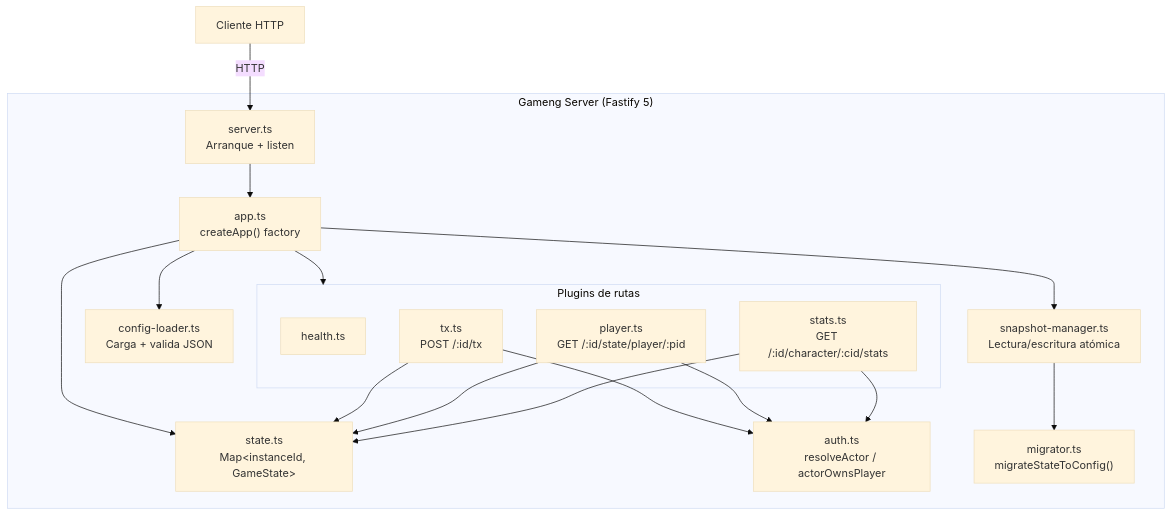
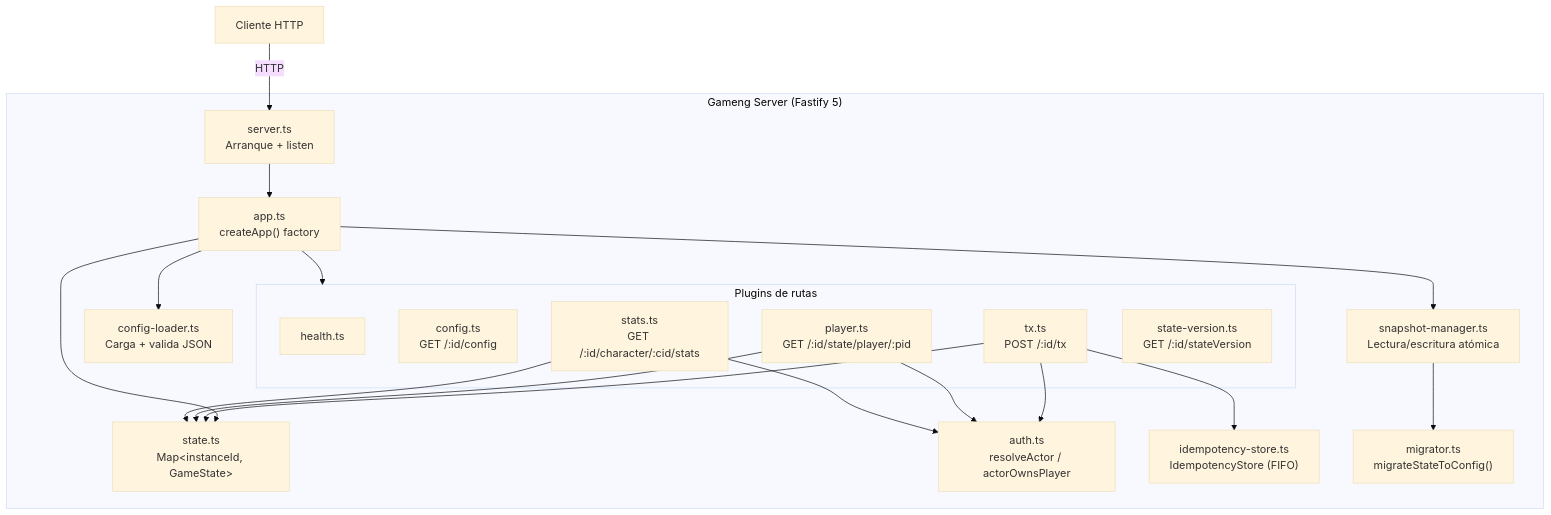
The first of 2 diagrams in docs/IMPLEMENTATION_GUIDE.md (jjnieto/Gameng), drawn with Mermaid (base theme) before and after one commit. The commit also changed other lines of this file and 44 other files, not shown here.

````diff
--- a/docs/IMPLEMENTATION_GUIDE.md
+++ b/docs/IMPLEMENTATION_GUIDE.md
@@ -67,35 +67,39 @@
 ```mermaid
 graph TB
     Client["Cliente HTTP"]
 
     subgraph Gameng["Gameng Server (Fastify 5)"]
         Server["server.ts<br/>Arranque + listen"]
         App["app.ts<br/>createApp() factory"]
         ConfigLoader["config-loader.ts<br/>Carga + valida JSON"]
         Store["state.ts<br/>Map&lt;instanceId, GameState&gt;"]
         Auth["auth.ts<br/>resolveActor / actorOwnsPlayer"]
+        Idem["idempotency-store.ts<br/>IdempotencyStore (FIFO)"]
         SnapMgr["snapshot-manager.ts<br/>Lectura/escritura atómica"]
         Migrator["migrator.ts<br/>migrateStateToConfig()"]
 
         subgraph Routes["Plugins de rutas"]
             Health["health.ts"]
+            Config["config.ts<br/>GET /:id/config"]
             Tx["tx.ts<br/>POST /:id/tx"]
             Player["player.ts<br/>GET /:id/state/player/:pid"]
             Stats["stats.ts<br/>GET /:id/character/:cid/stats"]
+            StateVer["state-version.ts<br/>GET /:id/stateVersion"]
         end
     end
 
     Client -->|HTTP| Server
     Server --> App
     App --> ConfigLoader
     App --> Store
     App --> SnapMgr
     SnapMgr --> Migrator
     App --> Routes
     Tx --> Auth
+    Tx --> Idem
     Player --> Auth
     Stats --> Auth
     Tx --> Store
     Player --> Store
     Stats --> Store
 ```
````
